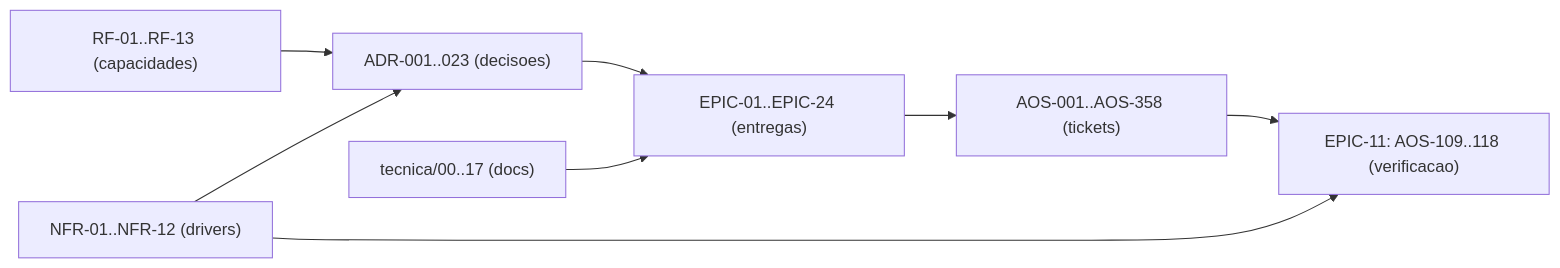
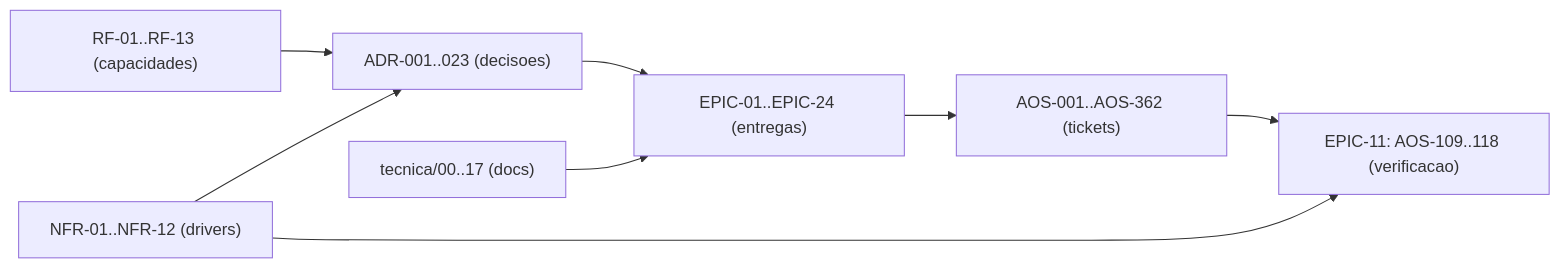
Before and after one commit to albinoJimy/aos: the diagram in tecnica/16_Rastreabilidade_RTM.md, drawn with Mermaid. The commit also changed other lines of this file and 2 other files, not shown here.

````diff
--- a/tecnica/16_Rastreabilidade_RTM.md
+++ b/tecnica/16_Rastreabilidade_RTM.md
@@ -180,10 +180,10 @@
 ```mermaid
 flowchart LR
     RF["RF-01..RF-13 (capacidades)"] --> ADR["ADR-001..023 (decisoes)"]
     NFR["NFR-01..NFR-12 (drivers)"] --> ADR
     ADR --> EPIC["EPIC-01..EPIC-24 (entregas)"]
-    EPIC --> TICK["AOS-001..AOS-358 (tickets)"]
+    EPIC --> TICK["AOS-001..AOS-362 (tickets)"]
     DOC["tecnica/00..17 (docs)"] --> EPIC
     TICK --> TEST["EPIC-11: AOS-109..118 (verificacao)"]
     NFR --> TEST
 ```
````
